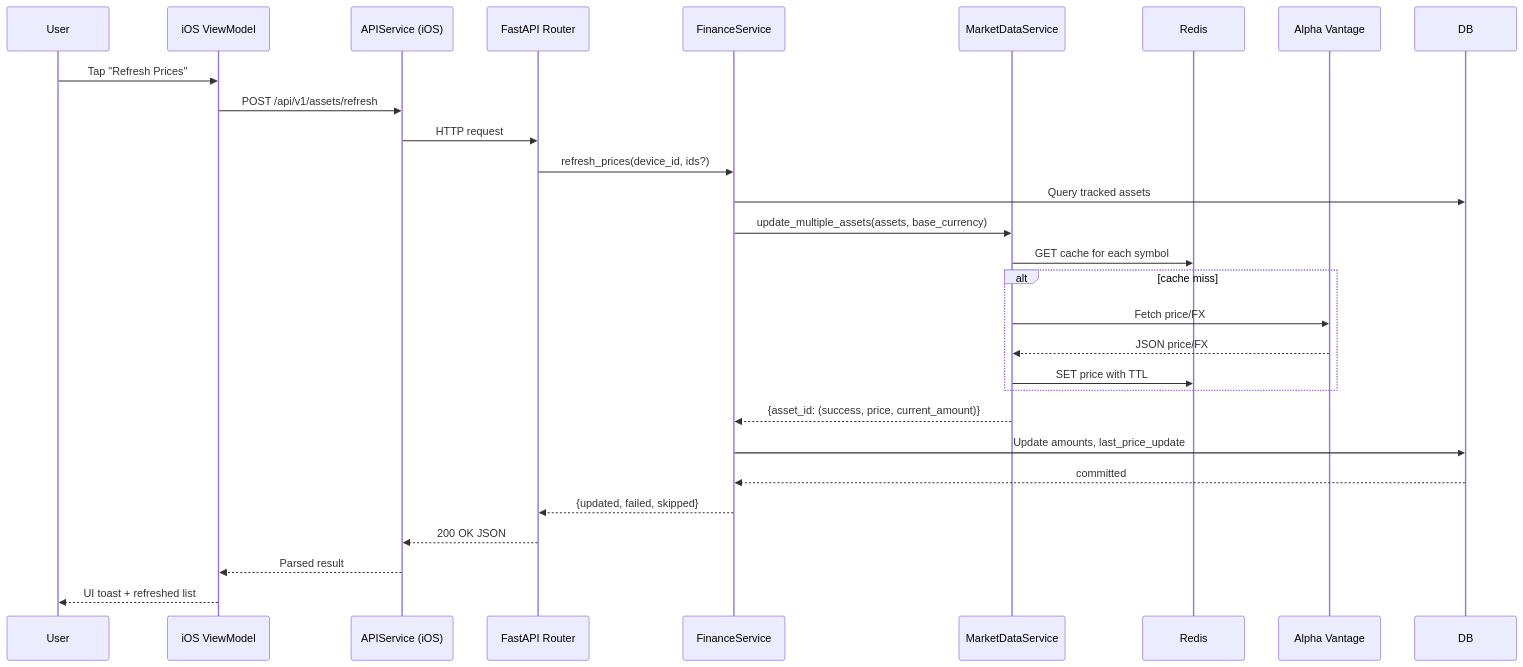
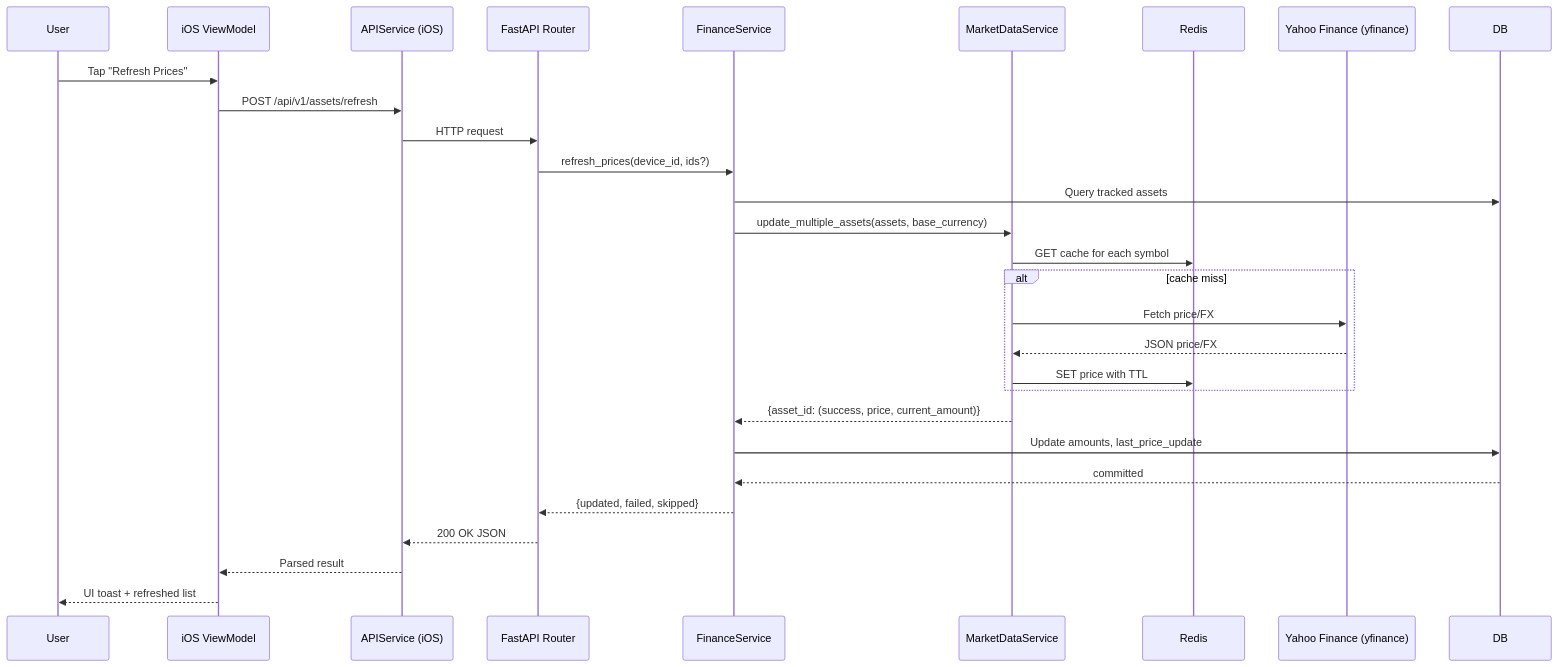
Before and after one commit to shakewingo/MoneyInOne: the fourth of 5 diagrams in docs/architecture.md, drawn with Mermaid. The commit also changed other lines of this file and 4 other files, not shown here.

First line of the commit message:
Replace Alpha Vantage with yfinance for market data

````diff
--- a/docs/architecture.md
+++ b/docs/architecture.md
@@ -119,32 +119,32 @@
 ```mermaid
 sequenceDiagram
     participant U as User
     participant V as iOS ViewModel
     participant A as APIService (iOS)
     participant R as FastAPI Router
     participant F as FinanceService
     participant M as MarketDataService
     participant C as Redis
-    participant X as Alpha Vantage
+    participant X as Yahoo Finance (yfinance)
     participant D as DB
 
     U->>V: Tap "Refresh Prices"
     V->>A: POST /api/v1/assets/refresh
     A->>R: HTTP request
     R->>F: refresh_prices(device_id, ids?)
     F->>D: Query tracked assets
     F->>M: update_multiple_assets(assets, base_currency)
     M->>C: GET cache for each symbol
     alt cache miss
         M->>X: Fetch price/FX
         X-->>M: JSON price/FX
         M->>C: SET price with TTL
     end
     M-->>F: {asset_id: (success, price, current_amount)}
     F->>D: Update amounts, last_price_update
     D-->>F: committed
     F-->>R: {updated, failed, skipped}
     R-->>A: 200 OK JSON
     A-->>V: Parsed result
     V-->>U: UI toast + refreshed list
 ```
````
